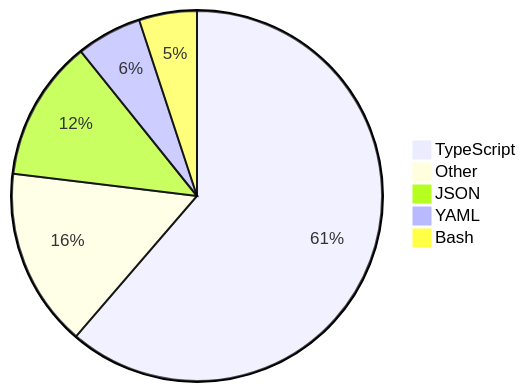
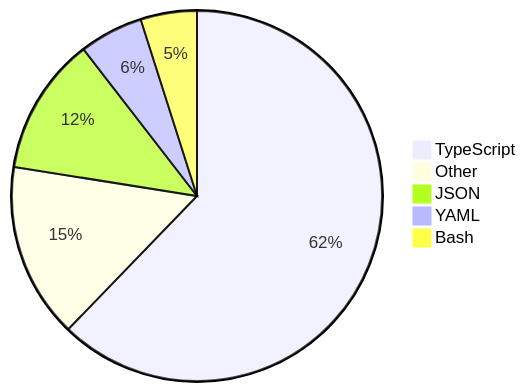
One commit to skvggor/skvggor changed the diagram in README.md. Above: the diagram before and after it, drawn with Mermaid.

Commit message:
Updated waka-readme graph with new metrics

````diff
--- a/README.md
+++ b/README.md
@@ -28,8 +28,8 @@
 ```mermaid
 pie
-    "TypeScript" : 55.8
-    "Other" : 14.2
-    "JSON" : 11.2
-    "YAML" : 5.2
-    "Bash" : 4.6
+    "TypeScript" : 57.0
+    "Other" : 14.0
+    "JSON" : 11.0
+    "YAML" : 5.1
+    "Bash" : 4.5
 ```
````
